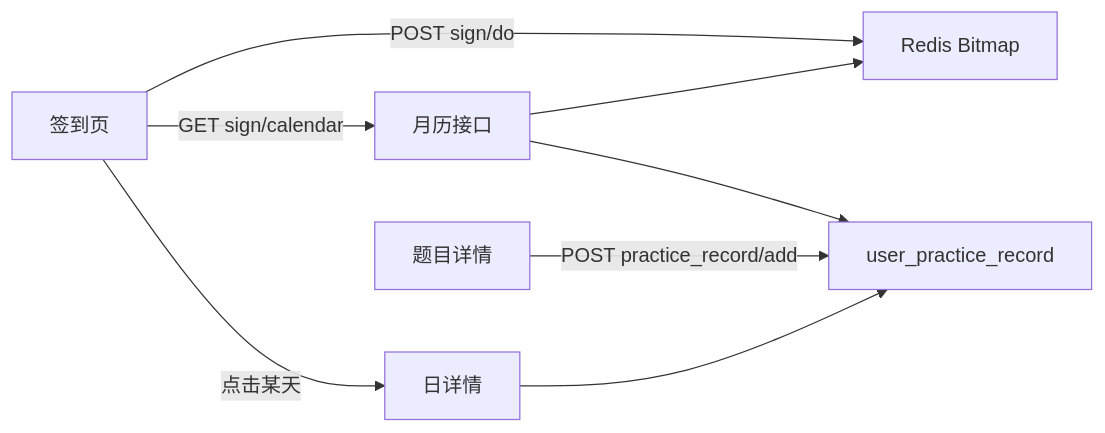
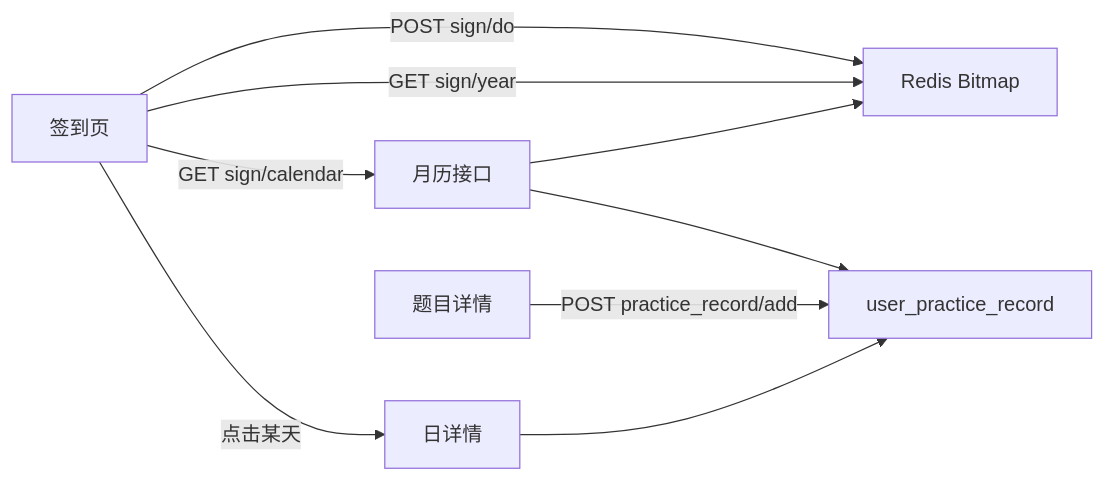
Before and after one commit to Jacob-z-p/tijinzhou: the diagram in docs/md/用户签到记录日历.md, drawn with Mermaid. The commit also changed other lines of this file and 11 other files, not shown here.

Commit message:
补上全年签到热力图，并记下服务器部署步骤。

````diff
--- a/docs/md/用户签到记录日历.md
+++ b/docs/md/用户签到记录日历.md
@@ -188,10 +212,11 @@
 ```mermaid
 flowchart LR
   signPage[签到页] -->|POST sign/do| bitmap[Redis Bitmap]
+  signPage[签到页] -->|GET sign/year| bitmap
   signPage -->|GET sign/calendar| calendarApi[月历接口]
   calendarApi --> bitmap
   calendarApi --> practiceTable[user_practice_record]
   questionPage[题目详情] -->|POST practice_record/add| practiceTable
   signPage -->|点击某天| dayApi[日详情]
   dayApi --> practiceTable
 ```
````
